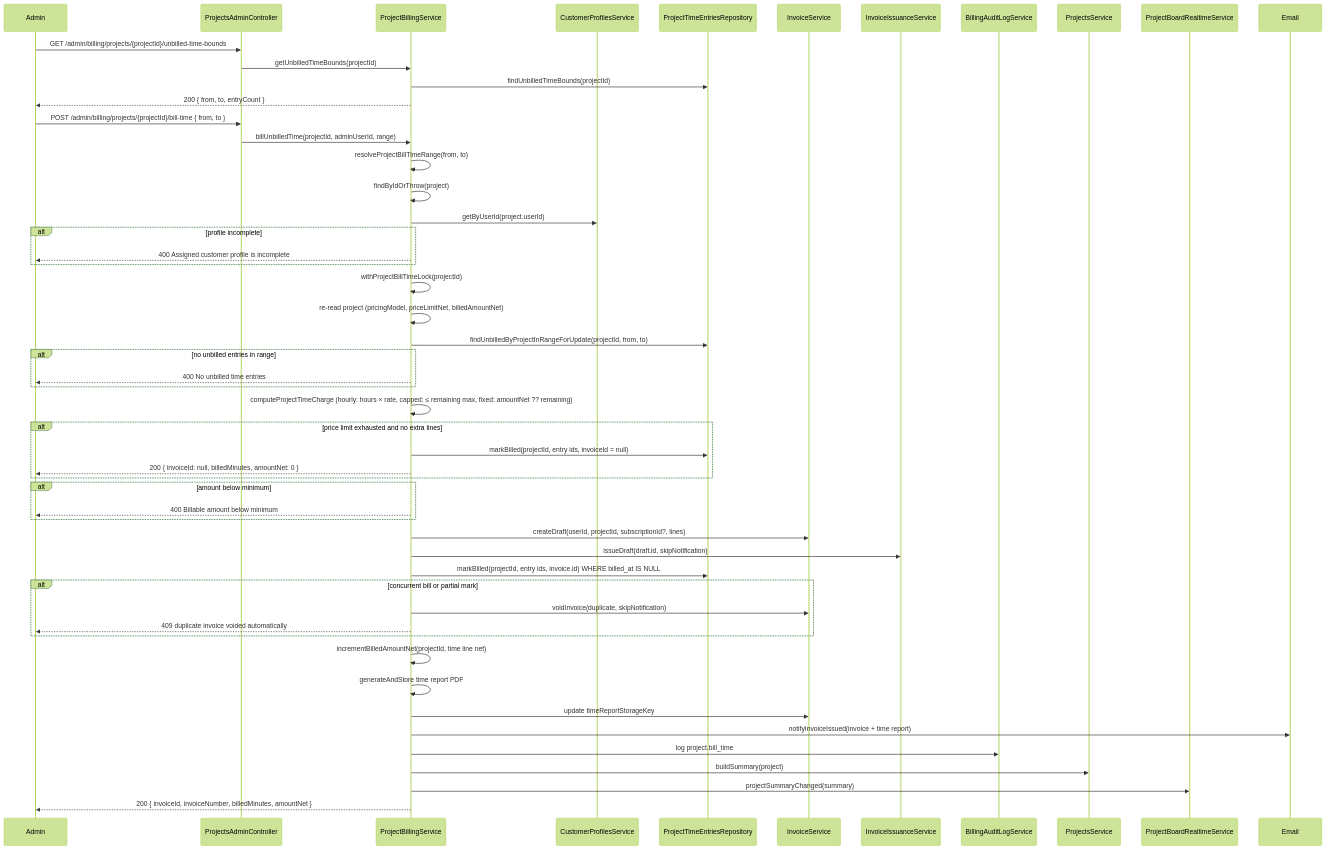
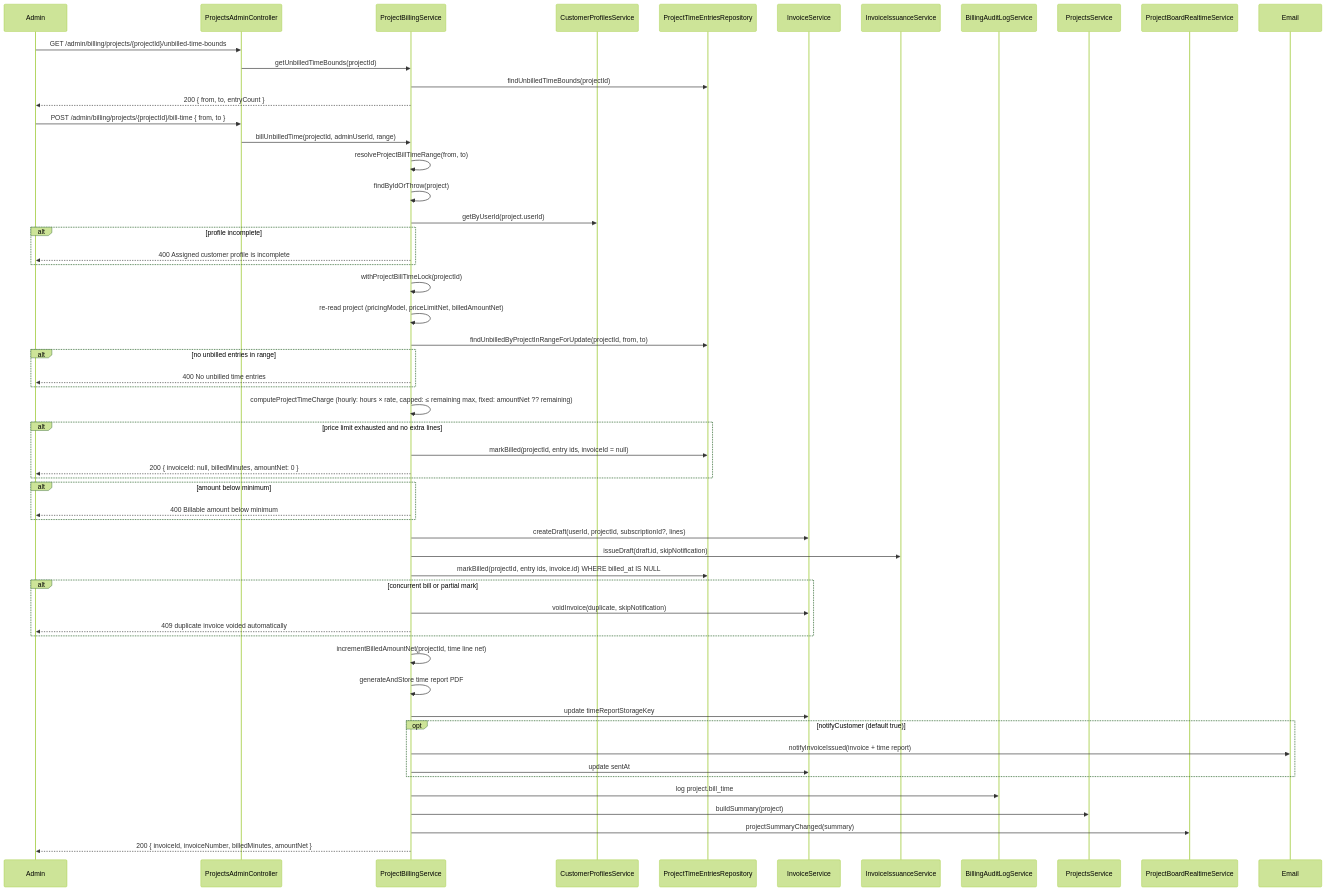
One commit to forepath/one changed the diagram in libs/domains/decabill/backend/feature-billing-manager/docs/project-bill-time.mmd. Above: the diagram before and after it, drawn with Mermaid (forest theme). The commit also changed 83 other files, not shown here.

```diff
--- a/libs/domains/decabill/backend/feature-billing-manager/docs/project-bill-time.mmd
+++ b/libs/domains/decabill/backend/feature-billing-manager/docs/project-bill-time.mmd
@@ -1,54 +1,57 @@
 sequenceDiagram
     participant Admin
     participant API as ProjectsAdminController
     participant Billing as ProjectBillingService
     participant Profile as CustomerProfilesService
     participant Time as ProjectTimeEntriesRepository
     participant Invoice as InvoiceService
     participant Issue as InvoiceIssuanceService
     participant Audit as BillingAuditLogService
     participant Summary as ProjectsService
     participant RT as ProjectBoardRealtimeService
 
     Admin->>API: GET /admin/billing/projects/{projectId}/unbilled-time-bounds
     API->>Billing: getUnbilledTimeBounds(projectId)
     Billing->>Time: findUnbilledTimeBounds(projectId)
     Billing-->>Admin: 200 { from, to, entryCount }
 
     Admin->>API: POST /admin/billing/projects/{projectId}/bill-time { from, to }
     API->>Billing: billUnbilledTime(projectId, adminUserId, range)
     Billing->>Billing: resolveProjectBillTimeRange(from, to)
     Billing->>Billing: findByIdOrThrow(project)
     Billing->>Profile: getByUserId(project.userId)
     alt profile incomplete
         Billing-->>Admin: 400 Assigned customer profile is incomplete
     end
     Billing->>Billing: withProjectBillTimeLock(projectId)
     Billing->>Billing: re-read project (pricingModel, priceLimitNet, billedAmountNet)
     Billing->>Time: findUnbilledByProjectInRangeForUpdate(projectId, from, to)
     alt no unbilled entries in range
         Billing-->>Admin: 400 No unbilled time entries
     end
     Billing->>Billing: computeProjectTimeCharge (hourly: hours × rate, capped: ≤ remaining max, fixed: amountNet ?? remaining)
     alt price limit exhausted and no extra lines
         Billing->>Time: markBilled(projectId, entry ids, invoiceId = null)
         Billing-->>Admin: 200 { invoiceId: null, billedMinutes, amountNet: 0 }
     end
     alt amount below minimum
         Billing-->>Admin: 400 Billable amount below minimum
     end
     Billing->>Invoice: createDraft(userId, projectId, subscriptionId?, lines)
     Billing->>Issue: issueDraft(draft.id, skipNotification)
     Billing->>Time: markBilled(projectId, entry ids, invoice.id) WHERE billed_at IS NULL
     alt concurrent bill or partial mark
         Billing->>Invoice: voidInvoice(duplicate, skipNotification)
         Billing-->>Admin: 409 duplicate invoice voided automatically
     end
     Billing->>Billing: incrementBilledAmountNet(projectId, time line net)
     Billing->>Billing: generateAndStore time report PDF
     Billing->>Invoice: update timeReportStorageKey
-    Billing->>Email: notifyInvoiceIssued(invoice + time report)
+    opt notifyCustomer (default true)
+        Billing->>Email: notifyInvoiceIssued(invoice + time report)
+        Billing->>Invoice: update sentAt
+    end
     Billing->>Audit: log project.bill_time
     Billing->>Summary: buildSummary(project)
     Billing->>RT: projectSummaryChanged(summary)
     Billing-->>Admin: 200 { invoiceId, invoiceNumber, billedMinutes, amountNet }
```
